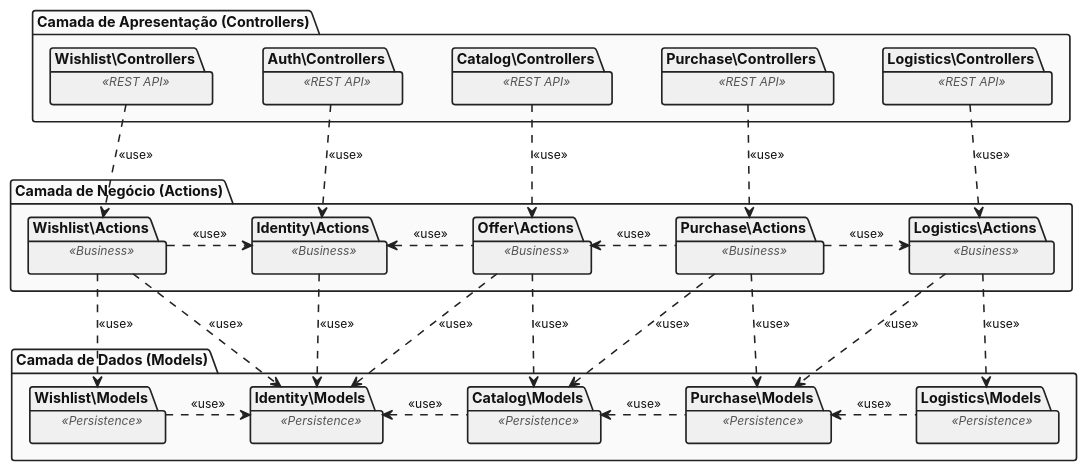
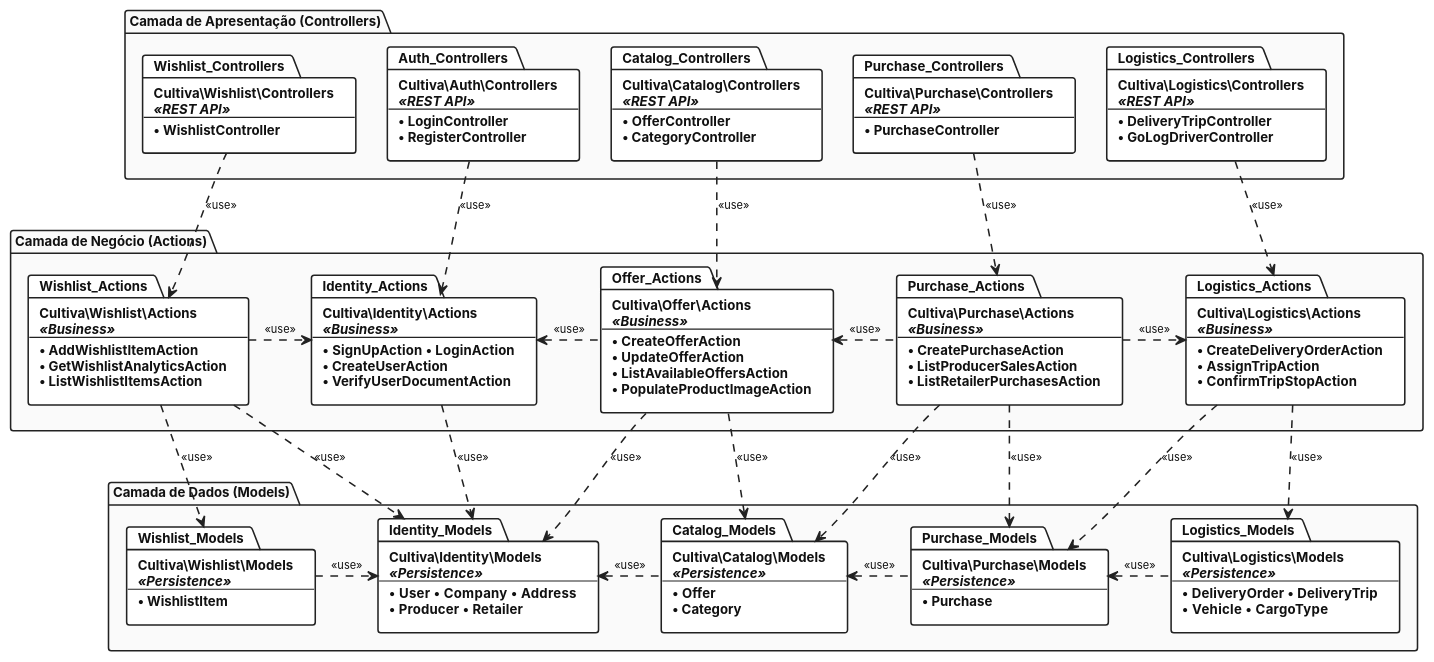
Before and after one commit to nahel-argama/cultiva: the diagram in documents/UML/diagrama_pacote/geral.puml, drawn with PlantUML. The commit also changed 5 other files, not shown here.

Commit message:
add component and deploy diagram

```diff
--- a/documents/UML/diagrama_pacote/geral.puml
+++ b/documents/UML/diagrama_pacote/geral.puml
@@ -3,24 +3,22 @@
 skinparam shadowing false
 skinparam packageStyle folder
 skinparam defaultFontName "Inter", "Segoe UI", "Helvetica Neue", Arial, sans-serif
-skinparam defaultFontSize 12
-skinparam nodesep 45
-skinparam ranksep 75
+skinparam defaultFontSize 11
+skinparam nodesep 28
+skinparam ranksep 65
 skinparam arrowThickness 1.4
 skinparam ArrowColor #222222
 skinparam ArrowFontColor #111111
-skinparam ArrowFontSize 11
+skinparam ArrowFontSize 10
 
 skinparam package {
     BackgroundColor #FFFFFF
     BorderColor #222222
     FontColor #111111
     FontName "Inter", "Segoe UI", "Helvetica Neue", Arial, sans-serif
-    FontSize 13
+    FontSize 12
     FontStyle bold
-    BorderThickness 1.5
-    StereotypeFontSize 11
-    StereotypeFontColor #555555
+    BorderThickness 1.4
 }
 
 top to bottom direction
@@ -30,25 +28,48 @@
 ' ============================================================================
 package "Camada de Apresentação (Controllers)" as Presentation #FAFAFA {
 
-    package "Wishlist\Controllers" as C_Wishlist <<REST API>> #F0F0F0 {
-    }
+    package Wishlist_Controllers [
+    <b>Cultiva\Wishlist\Controllers</b>
+    <i>«REST API»</i>
+    --
+    • WishlistController
+    ]
 
-    package "Auth\Controllers" as C_Auth <<REST API>> #F0F0F0 {
-    }
+    package Auth_Controllers [
+    <b>Cultiva\Auth\Controllers</b>
+    <i>«REST API»</i>
+    --
+    • LoginController
+    • RegisterController
+    ]
 
-    package "Catalog\Controllers" as C_Catalog <<REST API>> #F0F0F0 {
-    }
+    package Catalog_Controllers [
+    <b>Cultiva\Catalog\Controllers</b>
+    <i>«REST API»</i>
+    --
+    • OfferController
+    • CategoryController
+    ]
 
-    package "Purchase\Controllers" as C_Purchase <<REST API>> #F0F0F0 {
-    }
+    package Purchase_Controllers [
+    <b>Cultiva\Purchase\Controllers</b>
+    <i>«REST API»</i>
+    --
+    • PurchaseController
+    ]
 
-    package "Logistics\Controllers" as C_Logistics <<REST API>> #F0F0F0 {
-    }
+    package Logistics_Controllers [
+    <b>Cultiva\Logistics\Controllers</b>
+    <i>«REST API»</i>
+    --
+    • DeliveryTripController
+    • GoLogDriverController
+    ]
 
-    C_Wishlist -[hidden]right-> C_Auth
-    C_Auth -[hidden]right-> C_Catalog
-    C_Catalog -[hidden]right-> C_Purchase
-    C_Purchase -[hidden]right-> C_Logistics
+    Wishlist_Controllers -[hidden]right-> Auth_Controllers
+    Auth_Controllers -[hidden]right-> Catalog_Controllers
+    Catalog_Controllers -[hidden]right-> Purchase_Controllers
+    Purchase_Controllers -[hidden]right-> Logistics_Controllers
 }
 
 ' ============================================================================
@@ -56,25 +77,56 @@
 ' ============================================================================
 package "Camada de Negócio (Actions)" as Business #FAFAFA {
 
-    package "Wishlist\Actions" as A_Wishlist <<Business>> #F0F0F0 {
-    }
+    package Wishlist_Actions [
+    <b>Cultiva\Wishlist\Actions</b>
+    <i>«Business»</i>
+    --
+    • AddWishlistItemAction
+    • GetWishlistAnalyticsAction
+    • ListWishlistItemsAction
+    ]
 
-    package "Identity\Actions" as A_Identity <<Business>> #F0F0F0 {
-    }
+    package Identity_Actions [
+    <b>Cultiva\Identity\Actions</b>
+    <i>«Business»</i>
+    --
+    • SignUpAction  • LoginAction
+    • CreateUserAction
+    • VerifyUserDocumentAction
+    ]
 
-    package "Offer\Actions" as A_Offer <<Business>> #F0F0F0 {
-    }
+    package Offer_Actions [
+    <b>Cultiva\Offer\Actions</b>
+    <i>«Business»</i>
+    --
+    • CreateOfferAction
+    • UpdateOfferAction
+    • ListAvailableOffersAction
+    • PopulateProductImageAction
+    ]
 
-    package "Purchase\Actions" as A_Purchase <<Business>> #F0F0F0 {
-    }
+    package Purchase_Actions [
+    <b>Cultiva\Purchase\Actions</b>
+    <i>«Business»</i>
+    --
+    • CreatePurchaseAction
+    • ListProducerSalesAction
+    • ListRetailerPurchasesAction
+    ]
 
-    package "Logistics\Actions" as A_Logistics <<Business>> #F0F0F0 {
-    }
+    package Logistics_Actions [
+    <b>Cultiva\Logistics\Actions</b>
+    <i>«Business»</i>
+    --
+    • CreateDeliveryOrderAction
+    • AssignTripAction
+    • ConfirmTripStopAction
+    ]
 
-    A_Wishlist -[hidden]right-> A_Identity
-    A_Identity -[hidden]right-> A_Offer
-    A_Offer -[hidden]right-> A_Purchase
-    A_Purchase -[hidden]right-> A_Logistics
+    Wishlist_Actions -[hidden]right-> Identity_Actions
+    Identity_Actions -[hidden]right-> Offer_Actions
+    Offer_Actions -[hidden]right-> Purchase_Actions
+    Purchase_Actions -[hidden]right-> Logistics_Actions
 }
 
 ' ============================================================================
@@ -82,63 +134,86 @@
 ' ============================================================================
 package "Camada de Dados (Models)" as Data #FAFAFA {
 
-    package "Wishlist\Models" as M_Wishlist <<Persistence>> #F0F0F0 {
-    }
+    package Wishlist_Models [
+    <b>Cultiva\Wishlist\Models</b>
+    <i>«Persistence»</i>
+    --
+    • WishlistItem
+    ]
 
-    package "Identity\Models" as M_Identity <<Persistence>> #F0F0F0 {
-    }
+    package Identity_Models [
+    <b>Cultiva\Identity\Models</b>
+    <i>«Persistence»</i>
+    --
+    • User  • Company  • Address
+    • Producer  • Retailer
+    ]
 
-    package "Catalog\Models" as M_Catalog <<Persistence>> #F0F0F0 {
-    }
+    package Catalog_Models [
+    <b>Cultiva\Catalog\Models</b>
+    <i>«Persistence»</i>
+    --
+    • Offer
+    • Category
+    ]
 
-    package "Purchase\Models" as M_Purchase <<Persistence>> #F0F0F0 {
-    }
+    package Purchase_Models [
+    <b>Cultiva\Purchase\Models</b>
+    <i>«Persistence»</i>
+    --
+    • Purchase
+    ]
 
-    package "Logistics\Models" as M_Logistics <<Persistence>> #F0F0F0 {
-    }
+    package Logistics_Models [
+    <b>Cultiva\Logistics\Models</b>
+    <i>«Persistence»</i>
+    --
+    • DeliveryOrder  • DeliveryTrip
+    • Vehicle  • CargoType
+    ]
 
-    M_Wishlist -[hidden]right-> M_Identity
-    M_Identity -[hidden]right-> M_Catalog
-    M_Catalog -[hidden]right-> M_Purchase
-    M_Purchase -[hidden]right-> M_Logistics
+    Wishlist_Models -[hidden]right-> Identity_Models
+    Identity_Models -[hidden]right-> Catalog_Models
+    Catalog_Models -[hidden]right-> Purchase_Models
+    Purchase_Models -[hidden]right-> Logistics_Models
 }
 
 ' ============================================================================
 ' RELAÇÕES DE USO: APRESENTAÇÃO -> NEGÓCIO
 ' ============================================================================
-C_Wishlist ..> A_Wishlist : <<use>>
-C_Auth ..> A_Identity : <<use>>
-C_Catalog ..> A_Offer : <<use>>
-C_Purchase ..> A_Purchase : <<use>>
-C_Logistics ..> A_Logistics : <<use>>
+Wishlist_Controllers ..> Wishlist_Actions : <<use>>
+Auth_Controllers ..> Identity_Actions : <<use>>
+Catalog_Controllers ..> Offer_Actions : <<use>>
+Purchase_Controllers ..> Purchase_Actions : <<use>>
+Logistics_Controllers ..> Logistics_Actions : <<use>>
 
 ' ============================================================================
 ' RELAÇÕES DE USO ENTRE REGRAS DE NEGÓCIO (ACTIONS -> ACTIONS)
 ' ============================================================================
-A_Wishlist .right.> A_Identity : <<use>>
-A_Offer .left.> A_Identity : <<use>>
-A_Purchase .left.> A_Offer : <<use>>
-A_Purchase .right.> A_Logistics : <<use>>
+Wishlist_Actions .right.> Identity_Actions : <<use>>
+Offer_Actions .left.> Identity_Actions : <<use>>
+Purchase_Actions .left.> Offer_Actions : <<use>>
+Purchase_Actions .right.> Logistics_Actions : <<use>>
 
 ' ============================================================================
 ' RELAÇÕES DE USO: NEGÓCIO -> DADOS
 ' ============================================================================
-A_Wishlist ..> M_Wishlist : <<use>>
-A_Wishlist ..> M_Identity : <<use>>
-A_Identity ..> M_Identity : <<use>>
-A_Offer ..> M_Catalog : <<use>>
-A_Offer ..> M_Identity : <<use>>
-A_Purchase ..> M_Purchase : <<use>>
-A_Purchase ..> M_Catalog : <<use>>
-A_Logistics ..> M_Logistics : <<use>>
-A_Logistics ..> M_Purchase : <<use>>
+Wishlist_Actions ..> Wishlist_Models : <<use>>
+Wishlist_Actions ..> Identity_Models : <<use>>
+Identity_Actions ..> Identity_Models : <<use>>
+Offer_Actions ..> Catalog_Models : <<use>>
+Offer_Actions ..> Identity_Models : <<use>>
+Purchase_Actions ..> Purchase_Models : <<use>>
+Purchase_Actions ..> Catalog_Models : <<use>>
+Logistics_Actions ..> Logistics_Models : <<use>>
+Logistics_Actions ..> Purchase_Models : <<use>>
 
 ' ============================================================================
 ' RELAÇÕES ESTRUTURAIS ENTRE MODELOS DE DADOS (MODELS -> MODELS)
 ' ============================================================================
-M_Wishlist .right.> M_Identity : <<use>>
-M_Catalog .left.> M_Identity : <<use>>
-M_Purchase .left.> M_Catalog : <<use>>
-M_Logistics .left.> M_Purchase : <<use>>
+Wishlist_Models .right.> Identity_Models : <<use>>
+Catalog_Models .left.> Identity_Models : <<use>>
+Purchase_Models .left.> Catalog_Models : <<use>>
+Logistics_Models .left.> Purchase_Models : <<use>>
 
 @enduml
```
